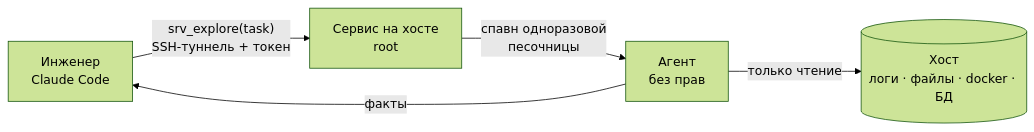
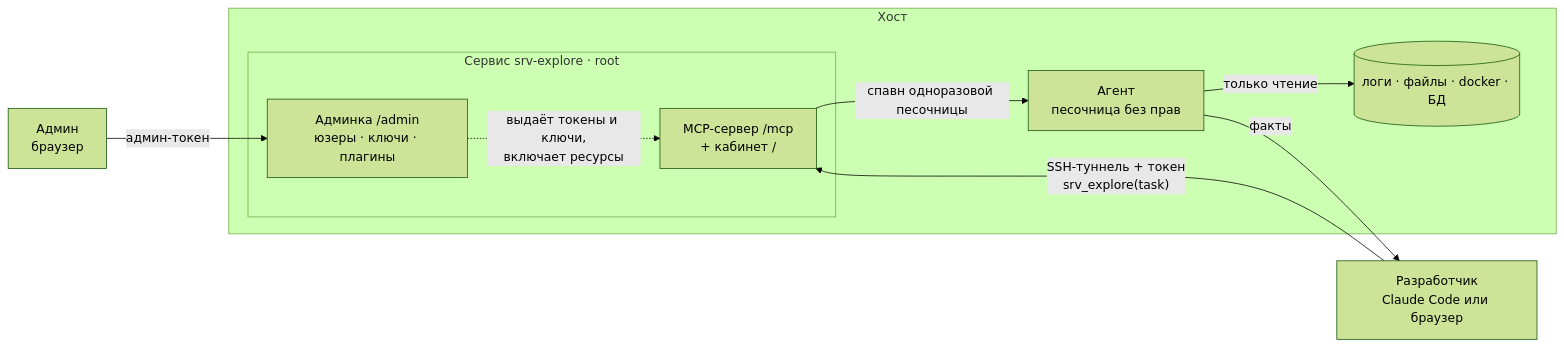
Before and after one commit to redmadrobot-rnd/very-ai-framework: the first of 4 diagrams in srv_explore/README.md, drawn with Mermaid (forest theme). The commit also changed 1 other file, not shown here.

Commit message:
docs(srv-explore): на схемах явный MCP-сервер и разделённые роли
Обе схемы (README и лендинг) показывали один безликий «сервис» и одного
«инженера»: не видно ни того, что вход разработчика — это MCP-сервер, ни того,
что админ ходит другим путём и занят доступами и плагинами.

Теперь два актора со своими стрелками, внутри сервиса — админка /admin и
MCP-сервер /mcp, между ними связь «выдаёт доступ, включает ресурсы», границы
хоста и сервиса обозначены зонами.

````diff
--- a/srv_explore/README.md
+++ b/srv_explore/README.md
@@ -11,7 +11,19 @@
 ```mermaid
 flowchart LR
-  E["Инженер<br/>Claude Code"] -->|"srv_explore(task)<br/>SSH-туннель + токен"| S["Сервис на хосте<br/>root"]
-  S -->|"спавн одноразовой<br/>песочницы"| A["Агент<br/>без прав"]
-  A -->|"только чтение"| R[("Хост<br/>логи · файлы · docker · БД")]
-  A -->|факты| E
+  ADMIN["Админ<br/>браузер"]
+  DEV["Разработчик<br/>Claude Code или браузер"]
+  subgraph host["Хост"]
+    subgraph svc["Сервис srv-explore · root"]
+      UI["Админка /admin<br/>юзеры · ключи · плагины"]
+      MCPS["MCP-сервер /mcp<br/>+ кабинет /"]
+    end
+    AG["Агент<br/>песочница без прав"]
+    RES[("логи · файлы · docker · БД")]
+  end
+  ADMIN -->|"админ-токен"| UI
+  DEV -->|"SSH-туннель + токен<br/>srv_explore(task)"| MCPS
+  UI -.->|"выдаёт токены и ключи,<br/>включает ресурсы"| MCPS
+  MCPS -->|"спавн одноразовой песочницы"| AG
+  AG -->|"только чтение"| RES
+  AG -->|факты| DEV
 ```
````
